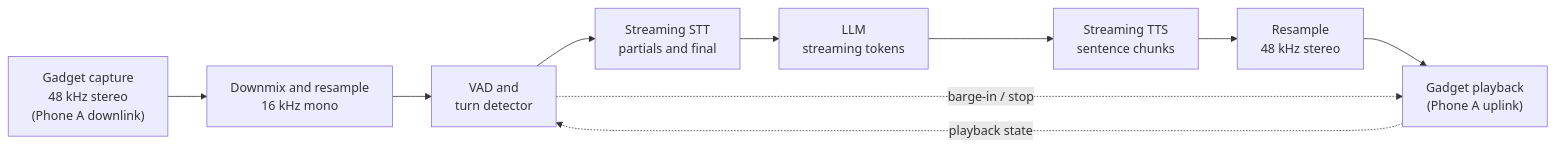
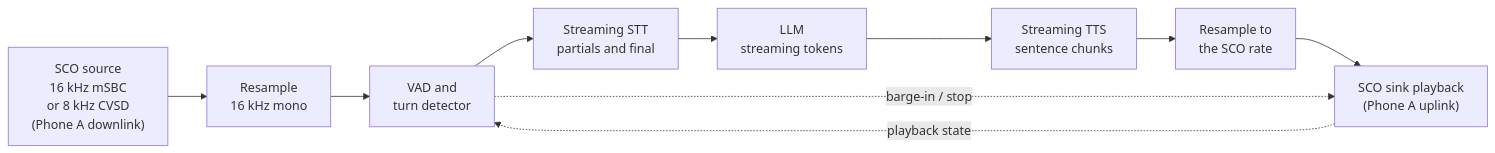
Before and after one commit to fahimalizain/android-telephone-agent: the diagram in docs/voice-agent.md, drawn with Mermaid. The commit also changed other lines of this file and 44 other files, not shown here.

````diff
--- a/docs/voice-agent.md
+++ b/docs/voice-agent.md
@@ -15,12 +15,12 @@
 ```mermaid
 flowchart LR
-  A["Gadget capture<br/>48 kHz stereo<br/>(Phone A downlink)"] --> B["Downmix and resample<br/>16 kHz mono"]
+  A["SCO source<br/>16 kHz mSBC<br/>or 8 kHz CVSD<br/>(Phone A downlink)"] --> B["Resample<br/>16 kHz mono"]
   B --> C["VAD and<br/>turn detector"]
   C --> D["Streaming STT<br/>partials and final"]
   D --> E["LLM<br/>streaming tokens"]
   E --> F["Streaming TTS<br/>sentence chunks"]
-  F --> G["Resample<br/>48 kHz stereo"]
-  G --> H["Gadget playback<br/>(Phone A uplink)"]
+  F --> G["Resample to<br/>the SCO rate"]
+  G --> H["SCO sink playback<br/>(Phone A uplink)"]
   C -. "barge-in / stop" .-> H
   H -. "playback state" .-> C
 ```
````
